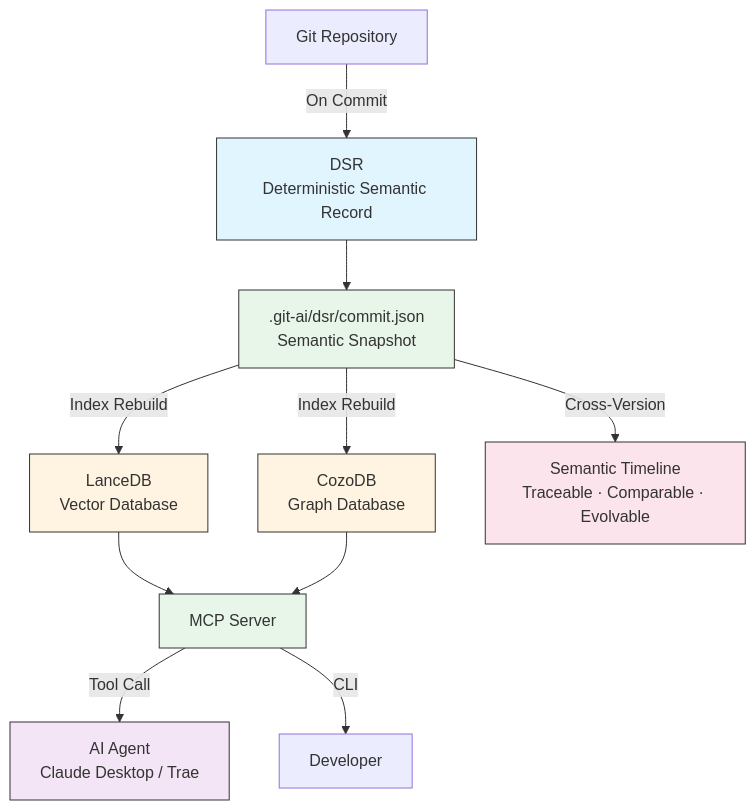
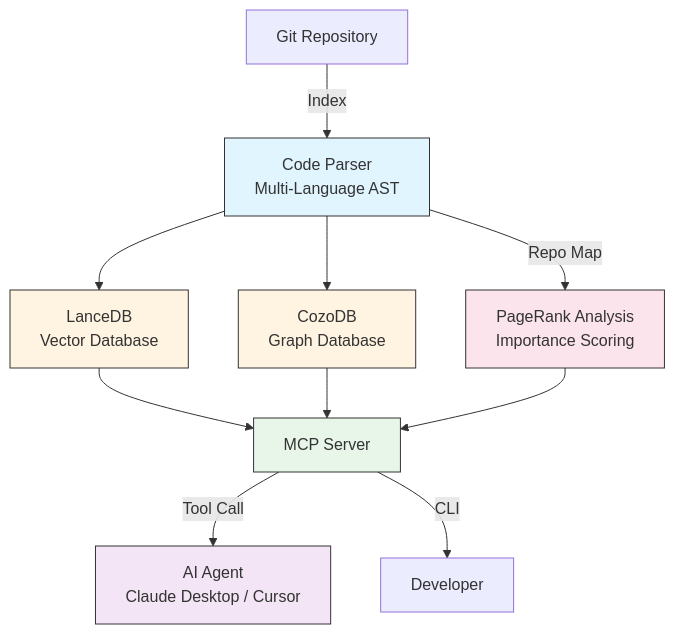
The diagram in README.md (mars167/git-ai-cli), drawn with Mermaid before and after one commit. The commit also changed other lines of this file and 10 other files, not shown here.

````diff
--- a/README.md
+++ b/README.md
@@ -196,19 +180,18 @@
 ```mermaid
 graph TB
-    A[Git Repository] -->|On Commit| B[DSR\nDeterministic Semantic Record]
-    B --> C[.git-ai/dsr/commit.json\nSemantic Snapshot]
-    C -->|Index Rebuild| D[LanceDB\nVector Database]
-    C -->|Index Rebuild| E[CozoDB\nGraph Database]
-    D --> F[MCP Server]
-    E --> F
-    F -->|Tool Call| G[AI Agent\nClaude Desktop / Trae]
-    F -->|CLI| H[Developer]
-    C -->|Cross-Version| I[Semantic Timeline\nTraceable · Comparable · Evolvable]
+    A[Git Repository] -->|Index| B[Code Parser\nMulti-Language AST]
+    B --> C[LanceDB\nVector Database]
+    B --> D[CozoDB\nGraph Database]
+    C --> E[MCP Server]
+    D --> E
+    E -->|Tool Call| F[AI Agent\nClaude Desktop / Cursor]
+    E -->|CLI| G[Developer]
+    B -->|Repo Map| H[PageRank Analysis\nImportance Scoring]
+    H --> E
     style B fill:#e1f5ff,stroke:#333
-    style C fill:#e8f5e9,stroke:#333
+    style C fill:#fff4e1,stroke:#333
     style D fill:#fff4e1,stroke:#333
-    style E fill:#fff4e1,stroke:#333
-    style F fill:#e8f5e9,stroke:#333
-    style G fill:#f3e5f5,stroke:#333
-    style I fill:#fce4ec,stroke:#333
+    style E fill:#e8f5e9,stroke:#333
+    style F fill:#f3e5f5,stroke:#333
+    style H fill:#fce4ec,stroke:#333
 ```
````
